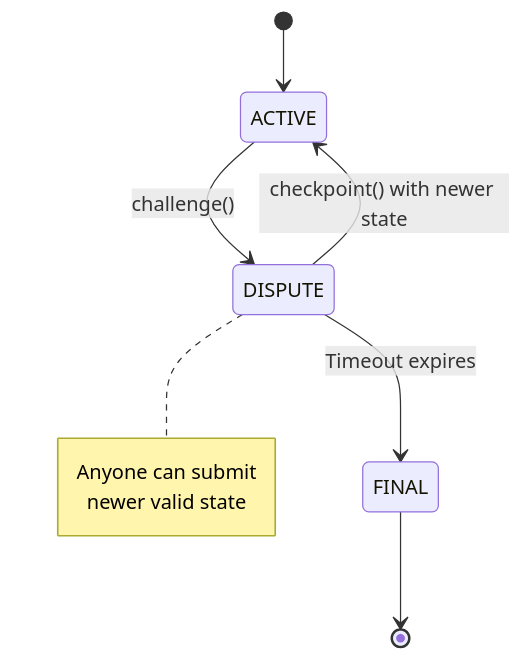
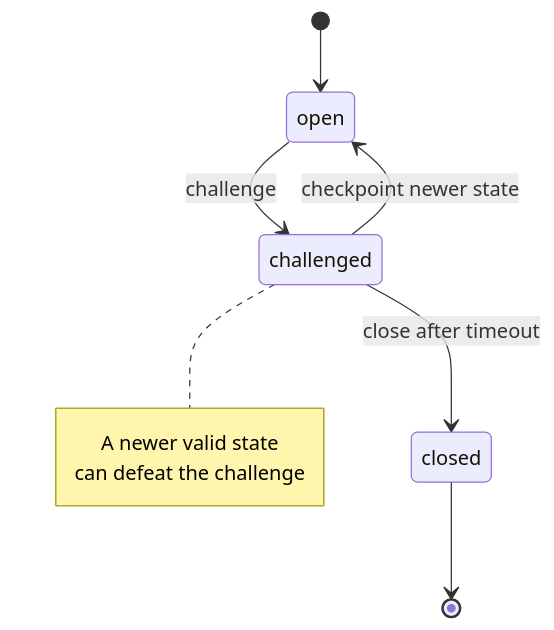
One commit to layer-3/docs changed the diagram in docs/nitrolite/learn/core-concepts/challenge-response.mdx. Above: the diagram before and after it, drawn with Mermaid. The commit also changed other lines of this file and 20 other files, not shown here.

````diff
--- a/docs/nitrolite/learn/core-concepts/challenge-response.mdx
+++ b/docs/nitrolite/learn/core-concepts/challenge-response.mdx
@@ -67,10 +57,10 @@
 ```mermaid
 stateDiagram-v2
-    [*] --> ACTIVE
-    ACTIVE --> DISPUTE: challenge()
-    DISPUTE --> ACTIVE: checkpoint() with newer state
-    DISPUTE --> FINAL: Timeout expires
-    FINAL --> [*]
-    
-    note right of DISPUTE: Anyone can submit<br/>newer valid state
+    [*] --> open
+    open --> challenged: challenge
+    challenged --> open: checkpoint newer state
+    challenged --> closed: close after timeout
+    closed --> [*]
+
+    note right of challenged: A newer valid state<br/>can defeat the challenge
 ```
````
